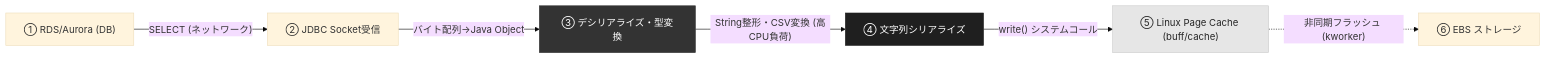
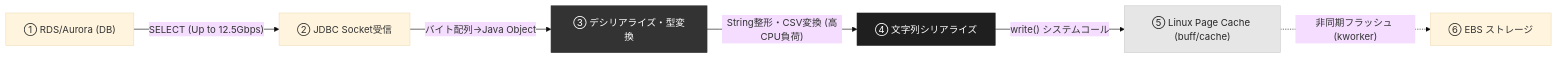
Before and after one commit to ProjectRubyRing/EC2_Performance_Problem_Agy: the diagram in EC2_Performance_Analysis_Batch_Dump.md, drawn with Mermaid (base theme). The commit also changed other lines of this file and 2 other files, not shown here.

````diff
--- a/EC2_Performance_Analysis_Batch_Dump.md
+++ b/EC2_Performance_Analysis_Batch_Dump.md
@@ -190,12 +210,12 @@
 ```mermaid
 flowchart LR
-    A["① RDS/Aurora (DB)"] -->|"SELECT (ネットワーク)"| B["② JDBC Socket受信"]
+    A["① RDS/Aurora (DB)"] -->|"SELECT (Up to 12.5Gbps)"| B["② JDBC Socket受信"]
     B -->|"バイト配列→Java Object"| C["③ デシリアライズ・型変換"]
     C -->|"String整形・CSV変換 (高CPU負荷)"| D["④ 文字列シリアライズ"]
     D -->|"write() システムコール"| E["⑤ Linux Page Cache (buff/cache)"]
     E -.->|"非同期フラッシュ (kworker)"| F["⑥ EBS ストレージ"]
     
     style C fill:#333333,stroke:#333333,color:#ffffff
     style D fill:#1f1f1f,stroke:#1f1f1f,color:#ffffff
     style E fill:#e6e6e6,stroke:#cccccc,color:#262626
 ```
````
